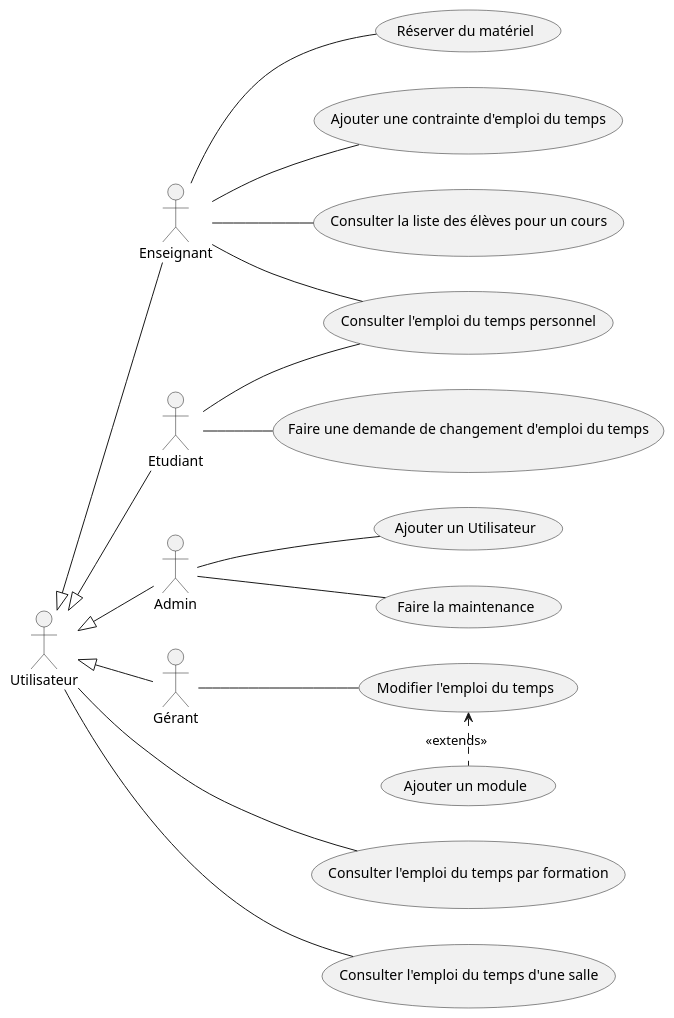
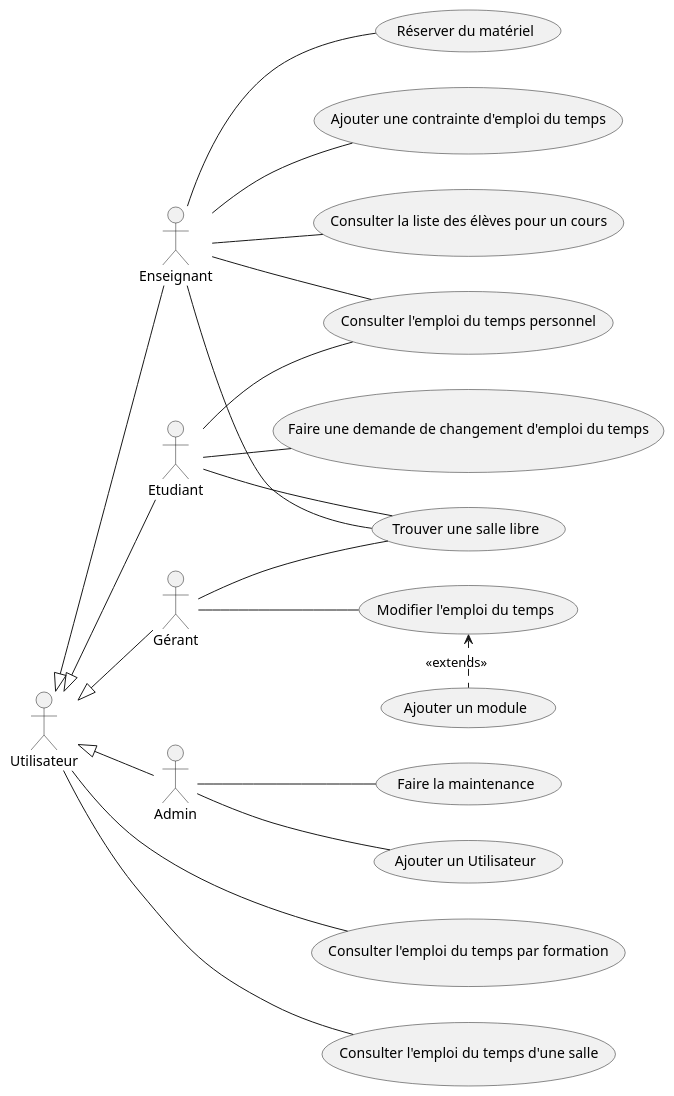
Before and after one commit to El-Sashok/UltraPlanning: the diagram in UseCase.iuml, drawn with PlantUML.

Commit message:
Added UseCase

```diff
--- a/UseCase.iuml
+++ b/UseCase.iuml
@@ -1,23 +1,26 @@
 @startuml 
 
 Enseignant -up-|> Utilisateur
 Etudiant -up-|> Utilisateur
 Admin -up-|> Utilisateur
 Gérant -up-|> Utilisateur
 
 left to right direction
 
 Admin -- (Faire la maintenance)
 Gérant -- (Modifier l'emploi du temps)
 (Ajouter un module) .left.> (Modifier l'emploi du temps) : <<extends>>
 Etudiant -- (Consulter l'emploi du temps personnel)
 Enseignant -- (Consulter l'emploi du temps personnel)
 Utilisateur --- (Consulter l'emploi du temps par formation)
 Utilisateur --- (Consulter l'emploi du temps d'une salle)
 Enseignant -- (Réserver du matériel)
 Etudiant -- (Faire une demande de changement d'emploi du temps)
 Admin -- (Ajouter un Utilisateur)
 Enseignant -- (Ajouter une contrainte d'emploi du temps)
 Enseignant -- (Consulter la liste des élèves pour un cours)
+Etudiant -- (Trouver une salle libre)
+Enseignant -- (Trouver une salle libre)
+Gérant -- (Trouver une salle libre)
 
 @enduml
```
